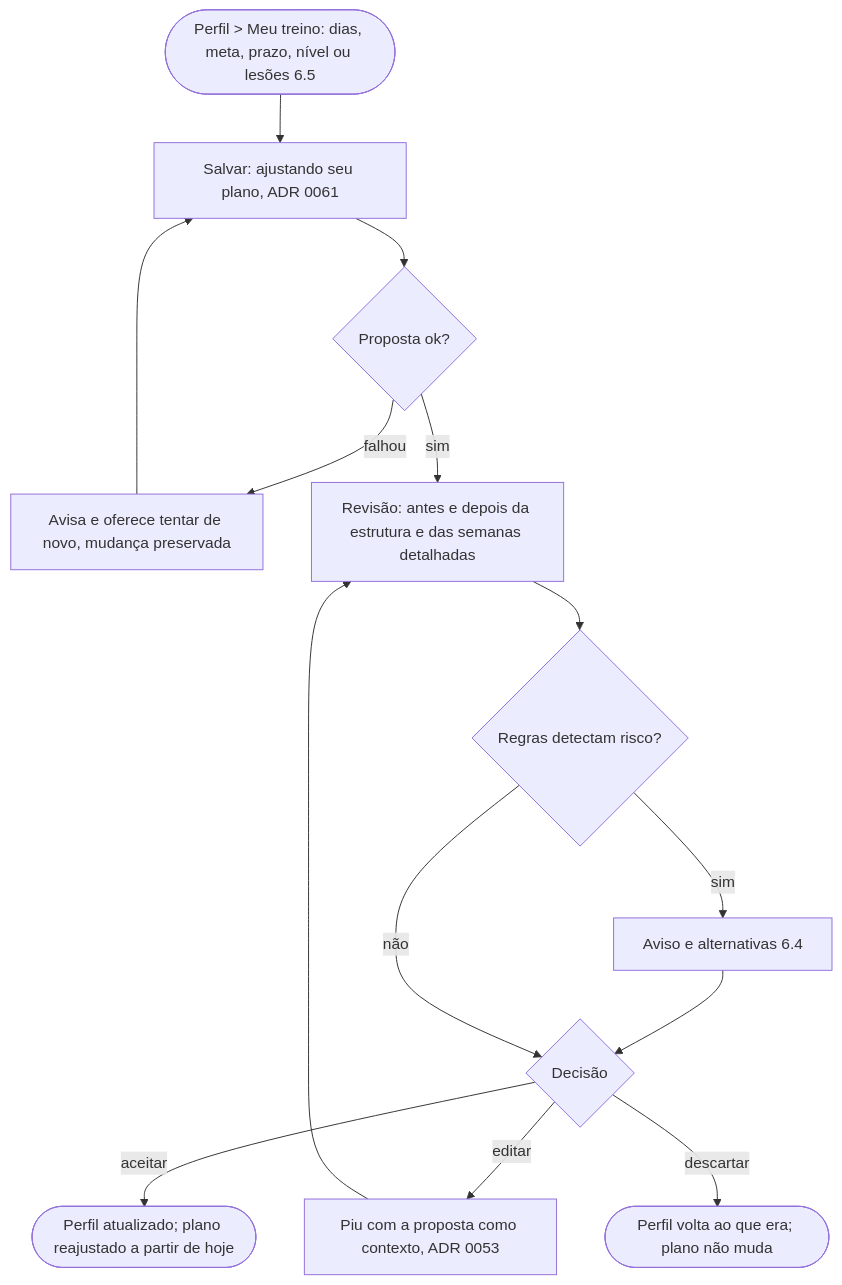
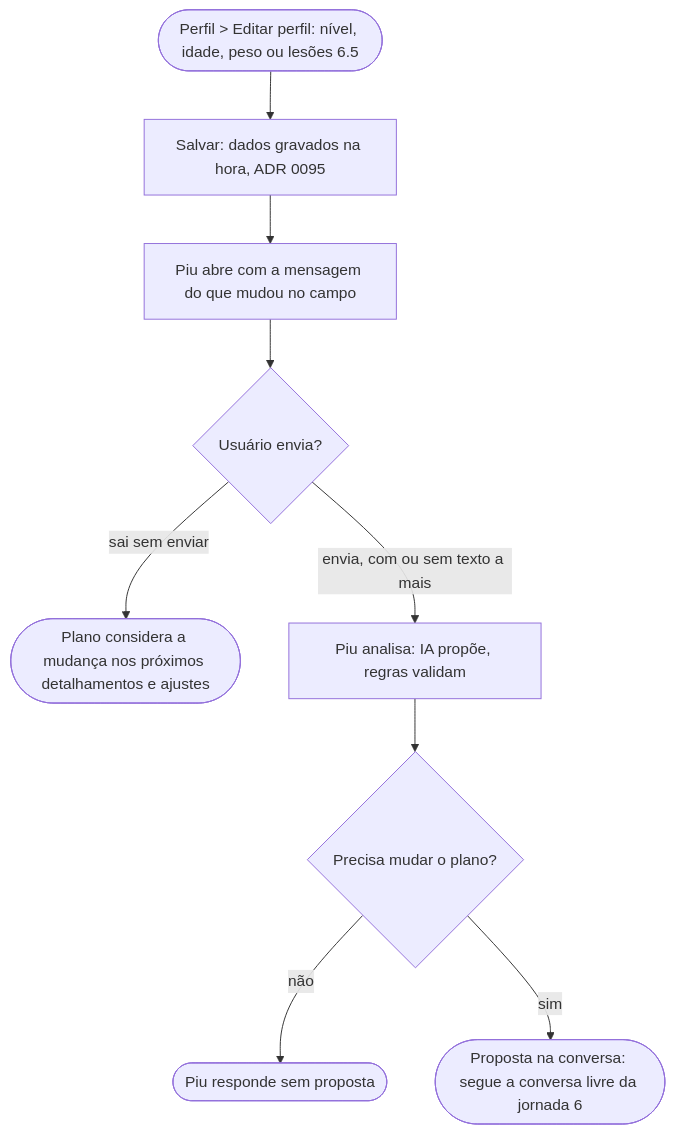
One commit to cruzvini/app-corrida changed diagram 11 of 11 in docs/fluxos.md. Above: the diagram before and after it, drawn with Mermaid. The commit also changed other lines of this file and 14 other files, not shown here.

First line of the commit message:
docs: ADRs 0094 a 0097 - Perfil pessoal, editar perfil pelo Piu, sair com confirmação e frequência semanal

````diff
--- a/docs/fluxos.md
+++ b/docs/fluxos.md
@@ -258,13 +258,11 @@
 ```mermaid
 flowchart TD
-  A([Perfil > Meu treino: dias, meta, prazo, nível ou lesões 6.5]) --> B[Salvar: ajustando seu plano, ADR 0061]
-  B --> C{Proposta ok?}
-  C -- falhou --> C1[Avisa e oferece tentar de novo, mudança preservada] --> B
-  C -- sim --> D[Revisão: antes e depois da estrutura e das semanas detalhadas]
-  D --> D1{Regras detectam risco?}
-  D1 -- sim --> D2[Aviso e alternativas 6.4] --> E
-  D1 -- não --> E{Decisão}
-  E -- aceitar --> F([Perfil atualizado; plano reajustado a partir de hoje])
-  E -- editar --> G[Piu com a proposta como contexto, ADR 0053] --> D
-  E -- descartar --> H([Perfil volta ao que era; plano não muda])
+  A([Perfil > Editar perfil: nível, idade, peso ou lesões 6.5]) --> B[Salvar: dados gravados na hora, ADR 0095]
+  B --> C[Piu abre com a mensagem do que mudou no campo]
+  C --> D{Usuário envia?}
+  D -- sai sem enviar --> E([Plano considera a mudança nos próximos detalhamentos e ajustes])
+  D -- envia, com ou sem texto a mais --> F[Piu analisa: IA propõe, regras validam]
+  F --> G{Precisa mudar o plano?}
+  G -- não --> H([Piu responde sem proposta])
+  G -- sim --> I([Proposta na conversa: segue a conversa livre da jornada 6])
 ```
````
